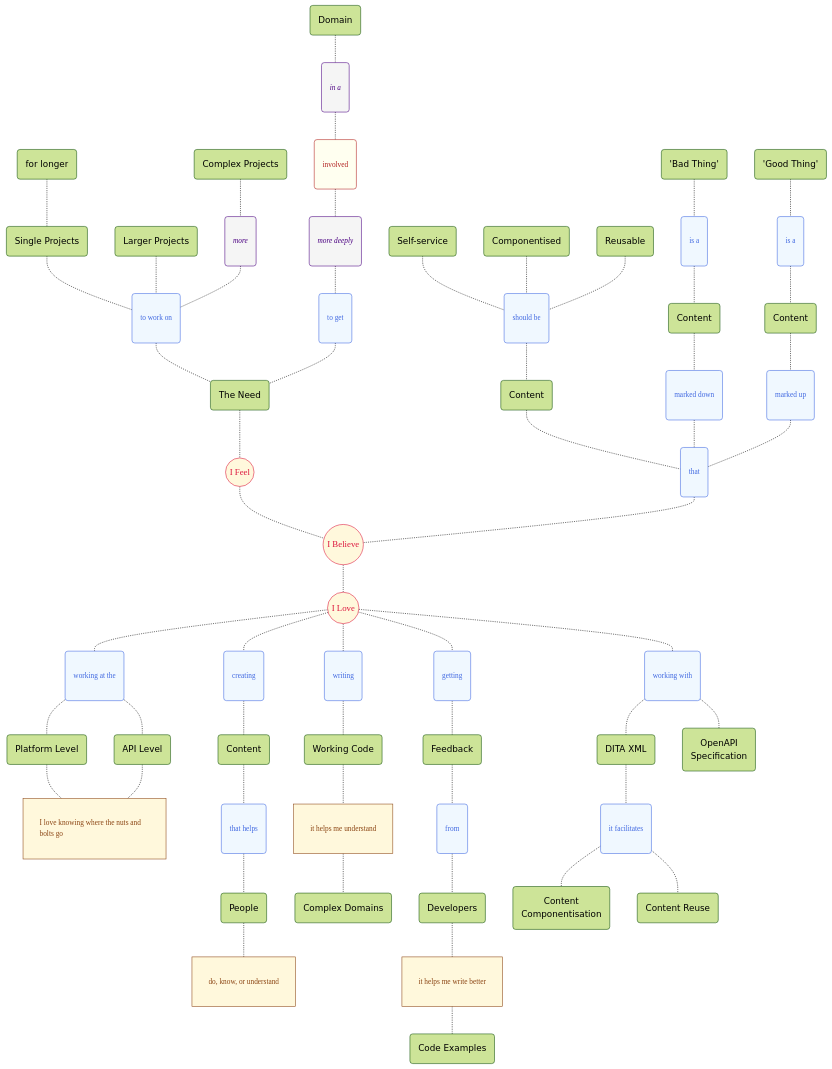
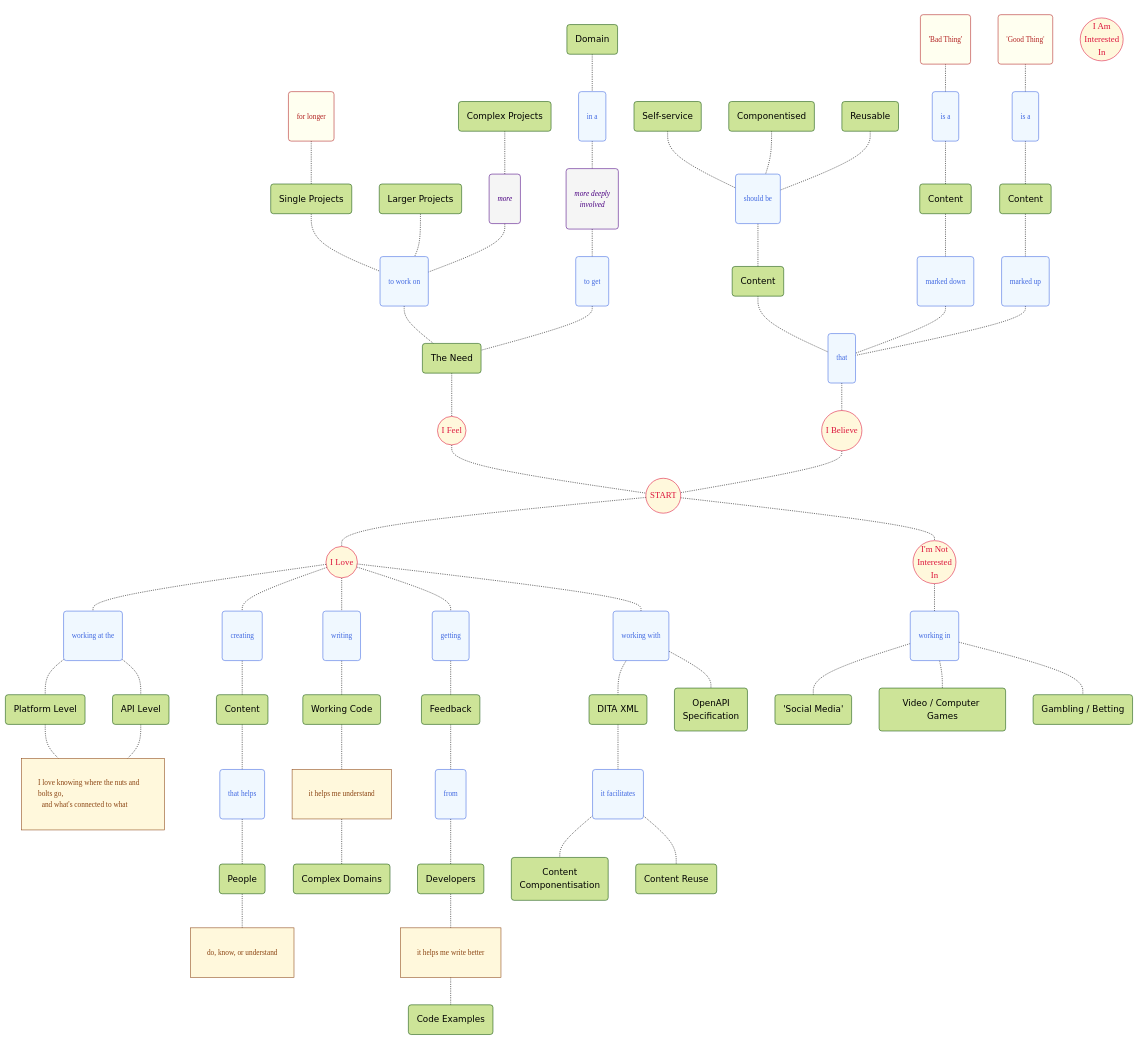
One commit to joe-dorward/samples changed the diagram in my_mindmap_02.md. Above: the diagram before and after it, drawn with Mermaid.

````diff
--- a/my_mindmap_02.md
+++ b/my_mindmap_02.md
@@ -7,6 +7,10 @@
   classDef Adjective fill:ivory, color:firebrick, stroke:firebrick, font-family:verdana, font-size:10pt, padding:0px 4px;
   classDef Note fill:cornsilk, stroke:saddlebrown, color:saddlebrown, font-family:verdana, font-size:10pt, text-align:left, padding:0px 4px;
 
+  %% ========== ========== ========== ========== ==========
+
+
+
   SINGLE_PROJECTS("Single Projects")
   LARGER_PROJECTS("Larger Projects")
   COMPLEX_PROJECTS("Complex Projects")
@@ -15,15 +19,16 @@
   TO_WORK_ON("to work on")
   FOR_LONGER("for longer")
   TO_GET("to get")
-  INVOLVED("involved")
+  %%INVOLVED("involved")
   IN_A("in a")
 
   MORE("more")
-  MORE_DEEPLY("more deeply")
+  %%MORE_DEEPLY("more deeply")
+  MORE_DEEPLY_INVOLVED("more deeply<br/>involved")
 
-  class TO_WORK_ON,TO_GET Verb;
-  class MORE,MORE_DEEPLY,IN_A Adverb;
-  class INVOLVED Adjective;
+  class TO_WORK_ON,TO_GET,IN_A Verb;
+  class MORE,MORE_DEEPLY_INVOLVED Adverb;
+  class FOR_LONGER,INVOLVED Adjective;
 
   %%WORK_ON("work on")
   %%MORE_TIME("More Time")
@@ -41,9 +46,9 @@
   LARGER_PROJECTS-.-TO_WORK_ON
   COMPLEX_PROJECTS-.-MORE-.-TO_WORK_ON
 
-  DOMAIN-.-IN_A-.-INVOLVED-.-MORE_DEEPLY-.-TO_GET-.-THE_NEED
+  DOMAIN-.-IN_A-.-MORE_DEEPLY_INVOLVED-.-TO_GET-.-THE_NEED
 
-  I_FEEL-.-I_BELIEVE
+  %%I_FEEL-.-I_BELIEVE
   %% ----------
 
   SELF_SERVICE("Self-service")
@@ -74,6 +79,8 @@
   CONTENT_3("Content")
   MARKED_UP("marked up")
 
+  class GOOD_THING,BAD_THING Adjective;
+
   BAD_THING-.-IS_A_1-.-CONTENT_2-.-MARKED_DOWN-.-THAT_1
   GOOD_THING-.-IS_A_2-.-CONTENT_3-.-MARKED_UP-.-THAT_1
 
@@ -86,7 +93,7 @@
   WORKING_AT_THE("working at the")
   PLATFORM_LEVEL("Platform Level")
   API_LEVEL("API Level")
-  LOVE_KNOWING_NUTS_AND_BOLTS["I love knowing where the nuts and bolts go"]
+  LOVE_KNOWING_NUTS_AND_BOLTS["I love knowing where the nuts and bolts go,<br/>&ensp;and what's connected to what"]
 
   class WORKING_AT_THE Verb;
   class LOVE_KNOWING_NUTS_AND_BOLTS Note;
@@ -147,7 +154,31 @@
   %%TRANSITION("Transition")
 
   %%ID_LIKE_TO-.-TRANSITION
+
+
   %%  ========== ========== ========== ========== ==========
-  I_BELIEVE-.-I_LOVE
+  IM_NOT_INTERESTED_IN(("I'm Not<br/>Interested<br/>In")):::Start
 
+  WORKING_IN("working in")
+  class WORKING_IN Verb;
+
+  SOCIAL_MEDIA("'Social Media'")
+  VIDEO_COMPUTER_GAMES("Video / Computer Games")
+  GAMBLING_BETTING("Gambling / Betting")
+
+  IM_NOT_INTERESTED_IN-.-
+  WORKING_IN-.-SOCIAL_MEDIA
+  WORKING_IN-.-VIDEO_COMPUTER_GAMES
+  WORKING_IN-.-GAMBLING_BETTING
+  %%  ========== ========== ========== ========== ==========
+  I_AM_INTERESTED_IN(("I Am<br/>Interested<br/>In")):::Start
+
+  %%  ========== ========== ========== ========== ==========
+  START(("START")):::Start
+
+  I_FEEL-.-START
+  I_BELIEVE-.-START
+  %%I_AM_INTERESTED_IN-.-START
+  START-.-I_LOVE
+  START-.-IM_NOT_INTERESTED_IN
 ```
````
